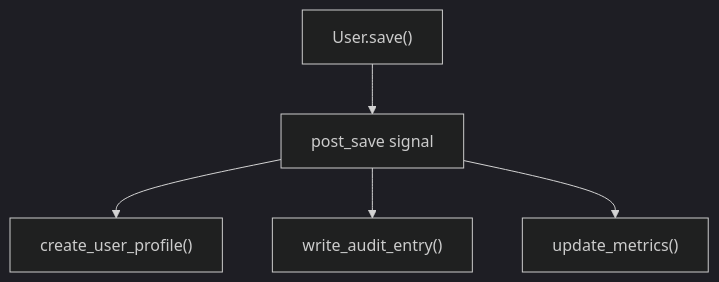
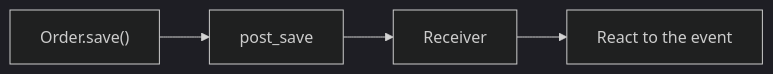
Before and after one commit to AvadhBhalodiya/Interview-Preparation: the first of 7 diagrams in src/content/django/signals.md, drawn with Mermaid (dark theme). The commit also changed other lines of this file and 80 other files, not shown here.

````diff
--- a/src/content/django/signals.md
+++ b/src/content/django/signals.md
@@ -54,7 +58,6 @@
 ```mermaid
-flowchart TD
-    A["User.save()"] --> B[post_save signal]
-    B --> C["create_user_profile()"]
-    B --> D["write_audit_entry()"]
-    B --> E["update_metrics()"]
+flowchart LR
+    A["Order.save()"] --> B["post_save"]
+    B --> C["Receiver"]
+    C --> D["React to the event"]
 ```
````
